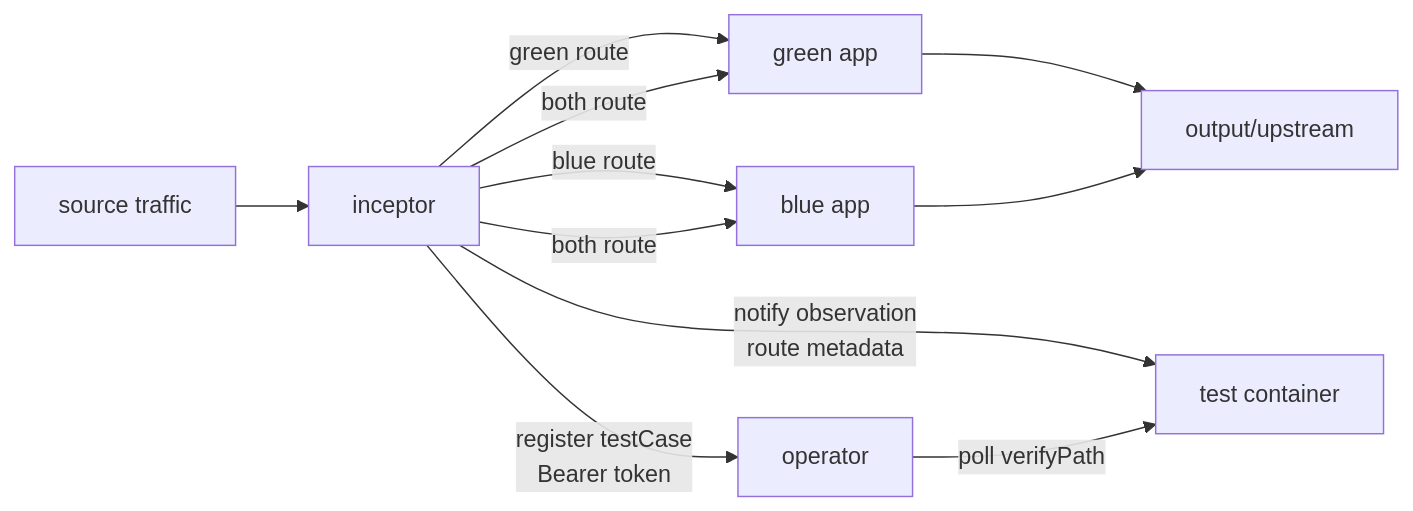
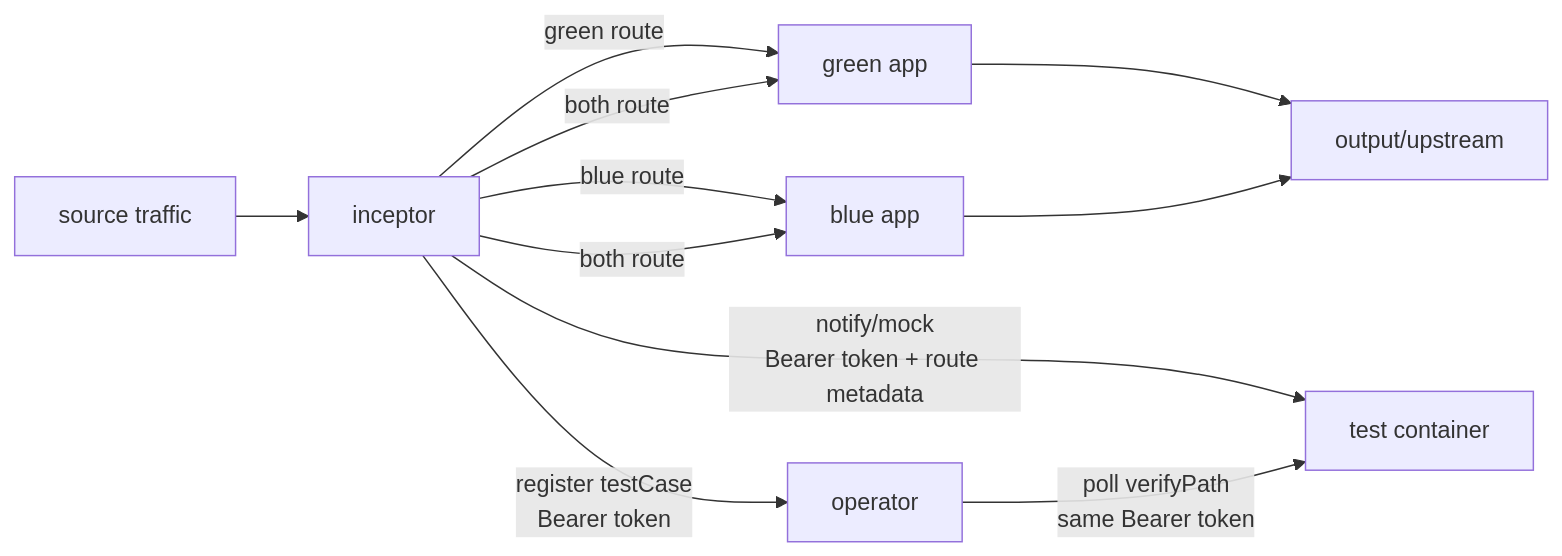
One commit to dlahmad/fluidbgoperator changed the fourth of 6 diagrams in docs/reference/plugin-architecture.md. Above: the diagram before and after it, drawn with Mermaid. The commit also changed other lines of this file and 50 other files, not shown here.

````diff
--- a/docs/reference/plugin-architecture.md
+++ b/docs/reference/plugin-architecture.md
@@ -164,21 +170,21 @@
 ```mermaid
 flowchart LR
     SRC["source traffic"]
     INC["inceptor"]
     GREEN["green app"]
     BLUE["blue app"]
     OUT["output/upstream"]
     TEST["test container"]
     OP["operator"]
 
     SRC --> INC
     INC -->|"green route"| GREEN
     INC -->|"blue route"| BLUE
     INC -->|"both route"| GREEN
     INC -->|"both route"| BLUE
     GREEN --> OUT
     BLUE --> OUT
     INC -->|"register testCase<br/>Bearer token"| OP
-    INC -->|"notify observation<br/>route metadata"| TEST
-    OP -->|"poll verifyPath"| TEST
+    INC -->|"notify/mock<br/>Bearer token + route metadata"| TEST
+    OP -->|"poll verifyPath<br/>same Bearer token"| TEST
 ```
````
